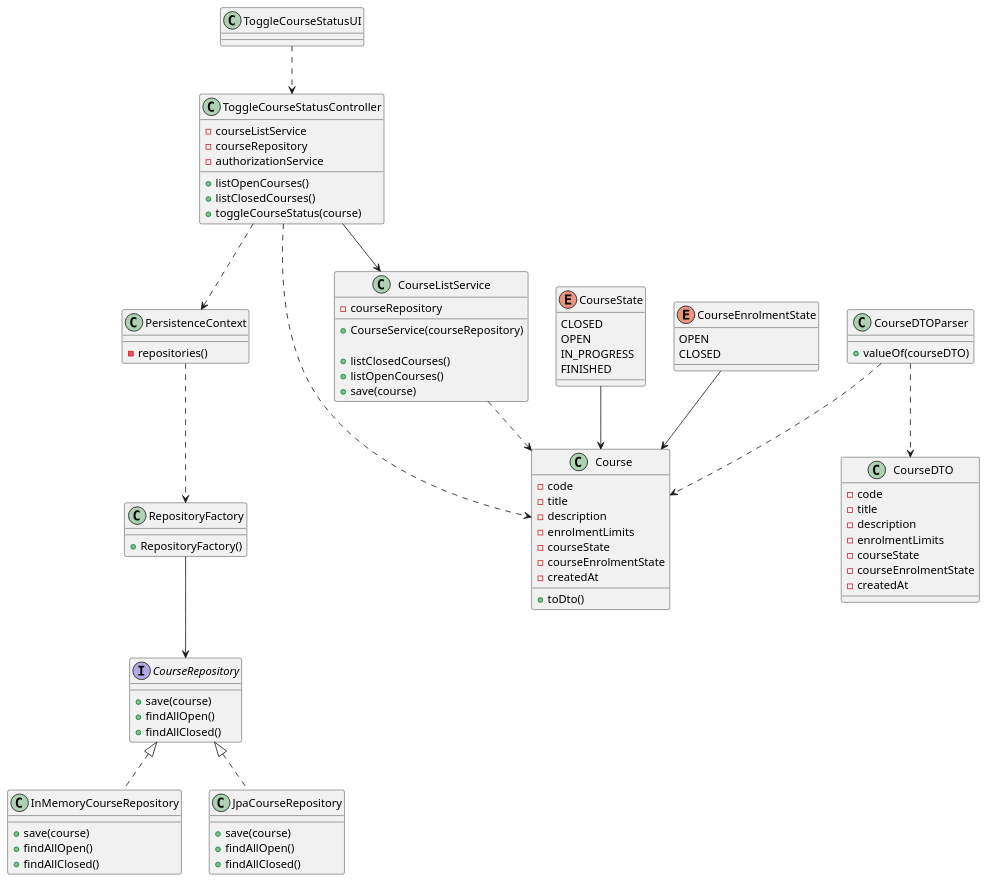
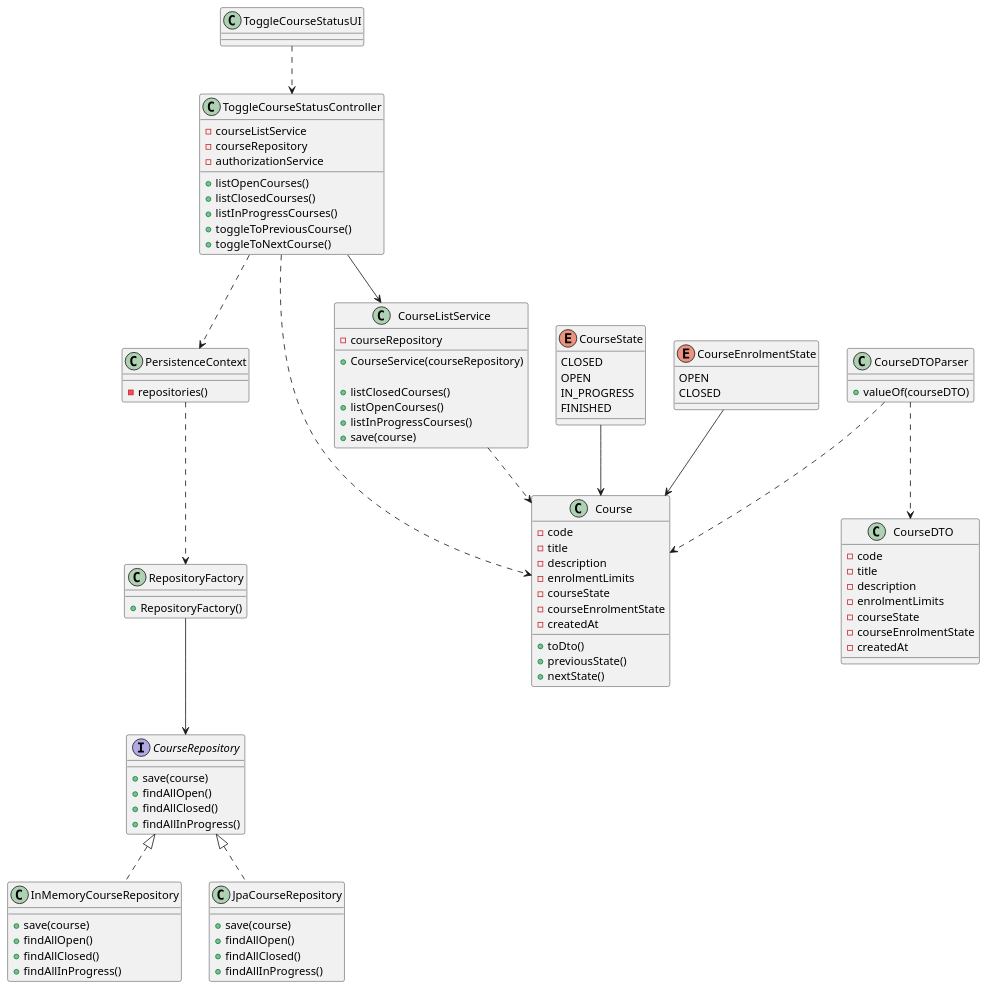
The diagram in docs/sprint-b/us10-1004/US1004_CD.puml (miseEnPlace-dev/lapr4), drawn with PlantUML before and after one commit. The commit also changed 1 other file, not shown here.

```diff
--- a/docs/sprint-b/us10-1004/US1004_CD.puml
+++ b/docs/sprint-b/us10-1004/US1004_CD.puml
@@ -1,110 +1,118 @@
 @startuml US1004_CD
 
 class ToggleCourseStatusUI {
 
 }
 
 class ToggleCourseStatusController {
 - courseListService
 - courseRepository
 - authorizationService
 + listOpenCourses()
 + listClosedCourses()
-+ toggleCourseStatus(course)
++ listInProgressCourses()
++ toggleToPreviousCourse()
++ toggleToNextCourse()
 }
 
 
 class Course {
   - code
   - title
   - description
   - enrolmentLimits
   - courseState
   - courseEnrolmentState
   - createdAt
   + toDto()
+  + previousState()
+  + nextState()
 }
 
 class RepositoryFactory {
   + RepositoryFactory()
 }
 
 interface CourseRepository {
   + save(course)
   + findAllOpen()
   + findAllClosed()
+  + findAllInProgress()
 }
 
 class CourseListService {
   - courseRepository
 
   + CourseService(courseRepository)
 
   + listClosedCourses()
   + listOpenCourses()
+  + listInProgressCourses()
   + save(course)
 }
 
 class CourseDTO {
   - code
   - title
   - description
   - enrolmentLimits
   - courseState
   - courseEnrolmentState
   - createdAt
 }
 
 class CourseDTOParser {
   + valueOf(courseDTO)
 }
 
 
 class InMemoryCourseRepository {
   + save(course)
   + findAllOpen()
   + findAllClosed()
+  + findAllInProgress()
 }
 
 class JpaCourseRepository {
   + save(course)
   + findAllOpen()
   + findAllClosed()
+  + findAllInProgress()
 }
 
 class PersistenceContext {
   - repositories()
 }
 
 
 enum CourseState {
   CLOSED
   OPEN
   IN_PROGRESS
   FINISHED
 }
 
 enum CourseEnrolmentState {
   OPEN
   CLOSED
 }
 
 CourseState --> Course
 CourseEnrolmentState --> Course
 
 PersistenceContext ..> RepositoryFactory
 RepositoryFactory --> CourseRepository
 
 CourseRepository <|.. InMemoryCourseRepository
 CourseRepository <|.. JpaCourseRepository
 ToggleCourseStatusController ..> PersistenceContext
 ToggleCourseStatusController ..> Course
 ToggleCourseStatusUI ..> ToggleCourseStatusController
 
 CourseListService ..> Course
 ToggleCourseStatusController --> CourseListService
 
 CourseDTOParser ..> CourseDTO
 CourseDTOParser ..> Course
 
 @enduml
```
